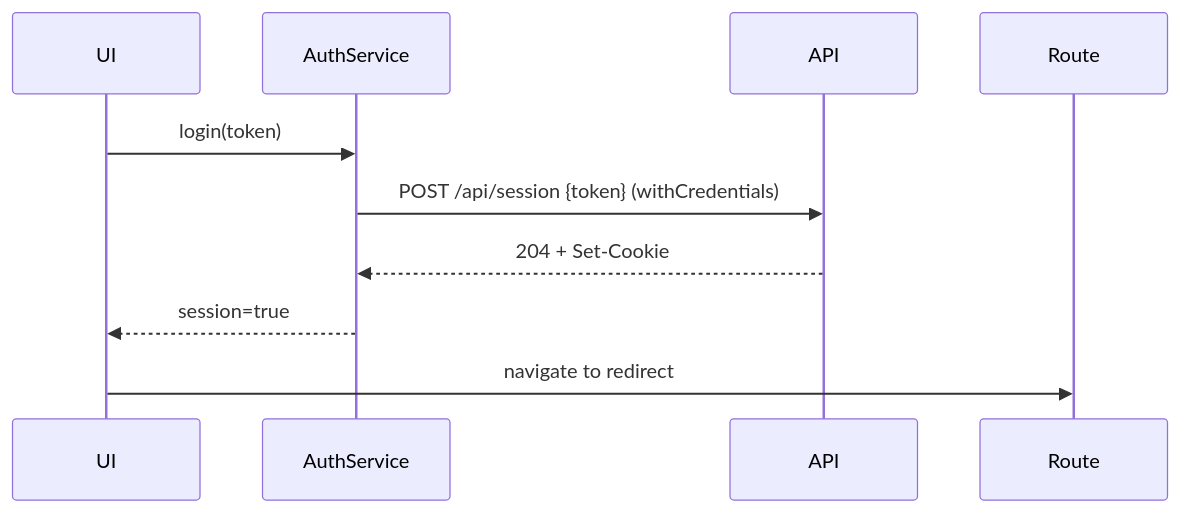
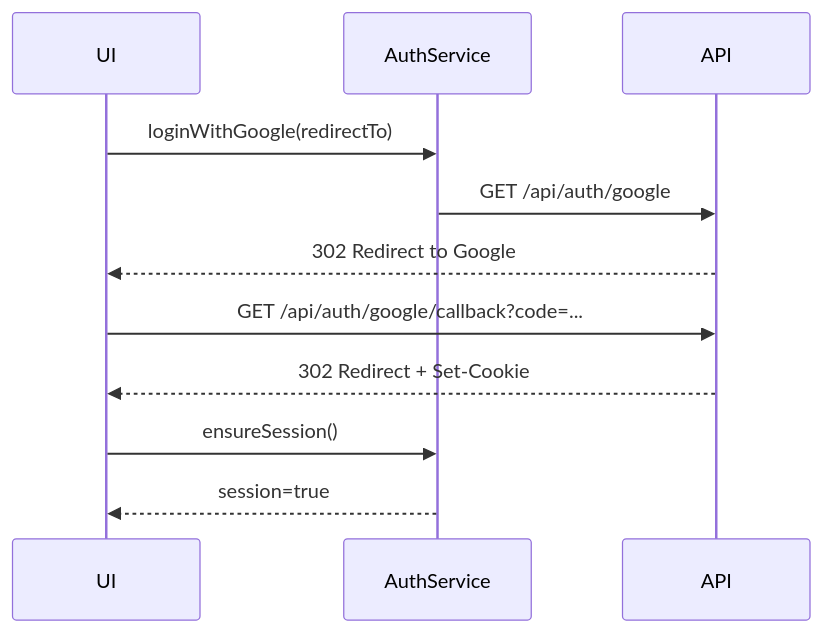
The second of 4 diagrams in docs/architecture/ui-deep-dive.md (drywaters/anthology), drawn with Mermaid before and after one commit. The commit also changed other lines of this file and 42 other files, not shown here.

Commit message:
Feature:  Adds Google OAuth from API_Token

````diff
--- a/docs/architecture/ui-deep-dive.md
+++ b/docs/architecture/ui-deep-dive.md
@@ -50,11 +50,13 @@
 ```mermaid
 sequenceDiagram
     participant UI
     participant Auth as AuthService
     participant API
-    UI->>Auth: login(token)
-    Auth->>API: POST /api/session {token} (withCredentials)
-    API-->>Auth: 204 + Set-Cookie
+    UI->>Auth: loginWithGoogle(redirectTo)
+    Auth->>API: GET /api/auth/google
+    API-->>UI: 302 Redirect to Google
+    UI->>API: GET /api/auth/google/callback?code=...
+    API-->>UI: 302 Redirect + Set-Cookie
+    UI->>Auth: ensureSession()
     Auth-->>UI: session=true
-    UI->>Route: navigate to redirect
 ```
````
